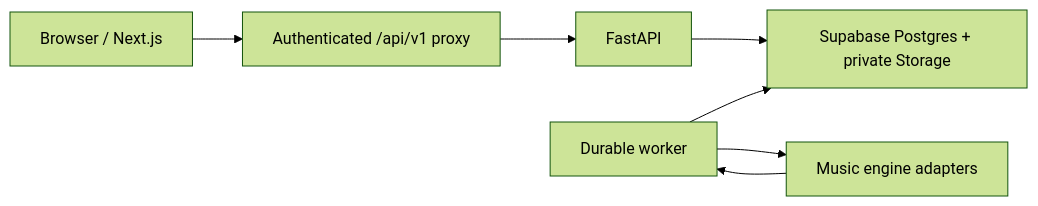
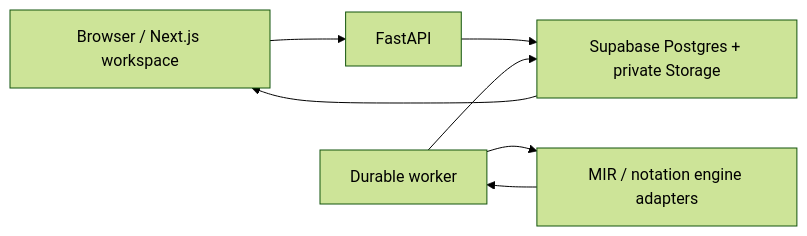
The diagram in README.md (ListenCloser/listencloser), drawn with Mermaid (forest theme) before and after one commit. The commit also changed other lines of this file, not shown here.

````diff
--- a/README.md
+++ b/README.md
@@ -35,9 +46,9 @@
 ```mermaid
 flowchart LR
-    Browser[Browser / Next.js] --> Proxy[Authenticated /api/v1 proxy]
-    Proxy --> API[FastAPI]
-    API --> DB[Supabase Postgres + private Storage]
-    Worker[Durable worker] --> DB
-    Worker --> Engines[Music engine adapters]
+    Browser[Browser / Next.js workspace] --> API[FastAPI]
+    API --> Data[Supabase Postgres + private Storage]
+    Worker[Durable worker] --> Data
+    Worker --> Engines[MIR / notation engine adapters]
     Engines --> Worker
+    Data --> Browser
 ```
````
